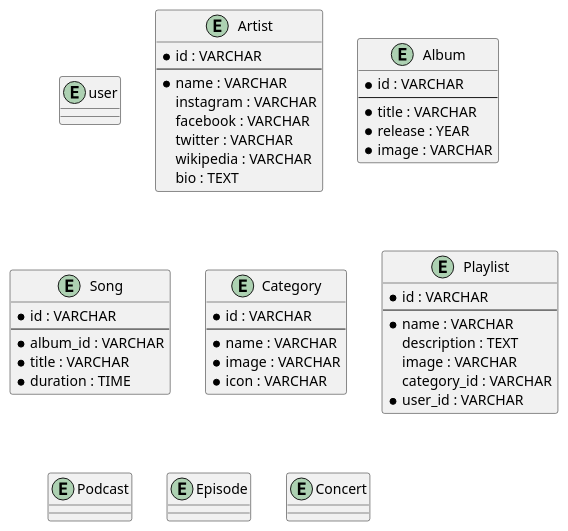
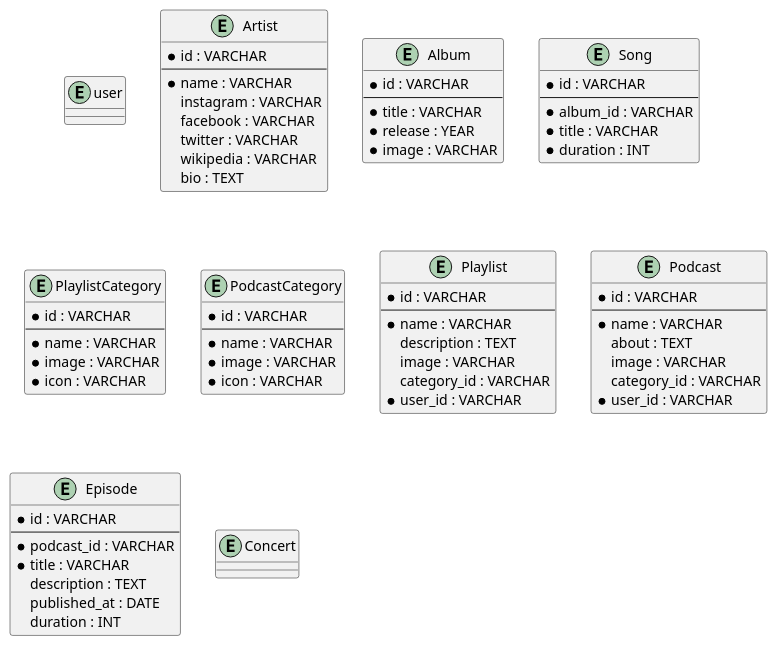
The diagram in spotify-database.plantuml (dhandyjoe/database-design-spotify), drawn with PlantUML before and after one commit.

Commit message:
add atribute entity

```diff
--- a/spotify-database.plantuml
+++ b/spotify-database.plantuml
@@ -1,64 +1,84 @@
 @startuml
 entity user {
 
 }
 
 entity Artist {
 	* id : VARCHAR
 	--
 	* name : VARCHAR
 	instagram : VARCHAR
 	facebook : VARCHAR
 	twitter : VARCHAR
 	wikipedia : VARCHAR
 	bio : TEXT
 }
 
 entity Album {
 	* id : VARCHAR
 	--
 	* title : VARCHAR
 	* release : YEAR
 	* image : VARCHAR
 }
 
 entity Song {
 	* id : VARCHAR
 	--
 	* album_id : VARCHAR
 	* title : VARCHAR
-	* duration : TIME
+	* duration : INT
 }
 
-entity Category {
+entity PlaylistCategory {
+	* id : VARCHAR
+	--
+	* name : VARCHAR
+	* image : VARCHAR
+	* icon : VARCHAR
+}
+
+entity PodcastCategory {
 	* id : VARCHAR
 	--
 	* name : VARCHAR
 	* image : VARCHAR
 	* icon : VARCHAR
 }
 
 entity Playlist {
 	* id : VARCHAR
 	--
 	* name : VARCHAR
 	description : TEXT
 	image : VARCHAR
 	category_id : VARCHAR
 	* user_id : VARCHAR
 }
 
 entity Podcast {
-
+	* id : VARCHAR
+	--
+	* name : VARCHAR
+	about : TEXT
+	image : VARCHAR
+	category_id : VARCHAR
+	* user_id : VARCHAR
 }
 
 entity Episode {
-
+	* id : VARCHAR
+	--
+	* podcast_id : VARCHAR
+	* title : VARCHAR
+	description : TEXT
+	published_at : DATE
+	duration : INT
 }
 
 
 entity Concert {
 
 }
 
 @enduml
```
